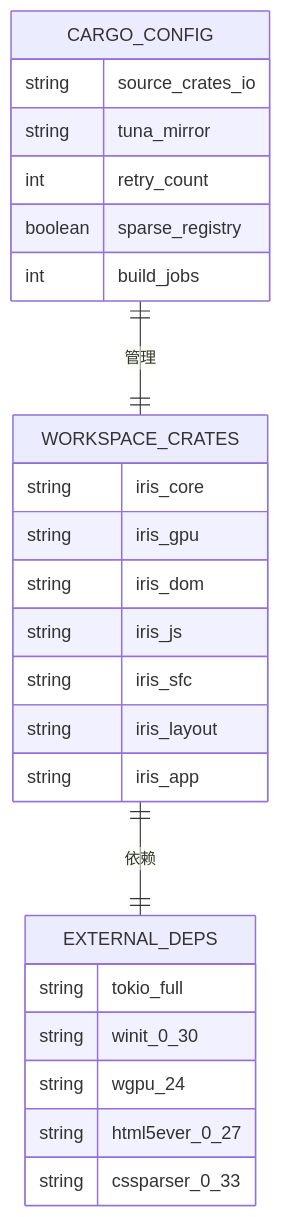
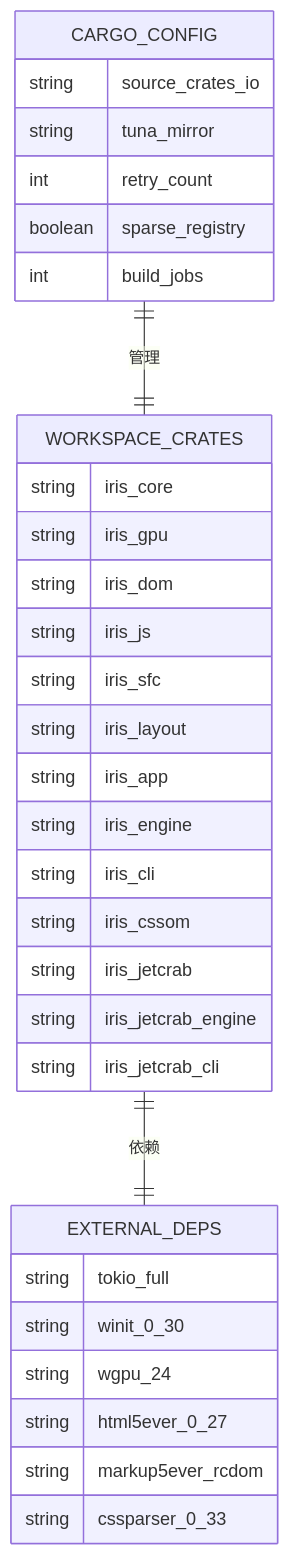
The seventh of 7 diagrams in .qoder/repowiki/zh/content/部署与配置/Cargo优化自动化脚本.md (itszzl-sudo/iris), drawn with Mermaid before and after one commit. The commit also changed other lines of this file and 17 other files, not shown here.

````diff
--- a/.qoder/repowiki/zh/content/部署与配置/Cargo优化自动化脚本.md
+++ b/.qoder/repowiki/zh/content/部署与配置/Cargo优化自动化脚本.md
@@ -307,28 +324,35 @@
 ```mermaid
 erDiagram
 CARGO_CONFIG {
 string source_crates_io
 string tuna_mirror
 int retry_count
 boolean sparse_registry
 int build_jobs
 }
 WORKSPACE_CRATES {
 string iris_core
 string iris_gpu
 string iris_dom
 string iris_js
 string iris_sfc
 string iris_layout
 string iris_app
+string iris_engine
+string iris_cli
+string iris_cssom
+string iris_jetcrab
+string iris_jetcrab_engine
+string iris_jetcrab_cli
 }
 EXTERNAL_DEPS {
 string tokio_full
 string winit_0_30
 string wgpu_24
 string html5ever_0_27
+string markup5ever_rcdom
 string cssparser_0_33
 }
 CARGO_CONFIG ||--|| WORKSPACE_CRATES : "管理"
 WORKSPACE_CRATES ||--|| EXTERNAL_DEPS : "依赖"
 ```
````
